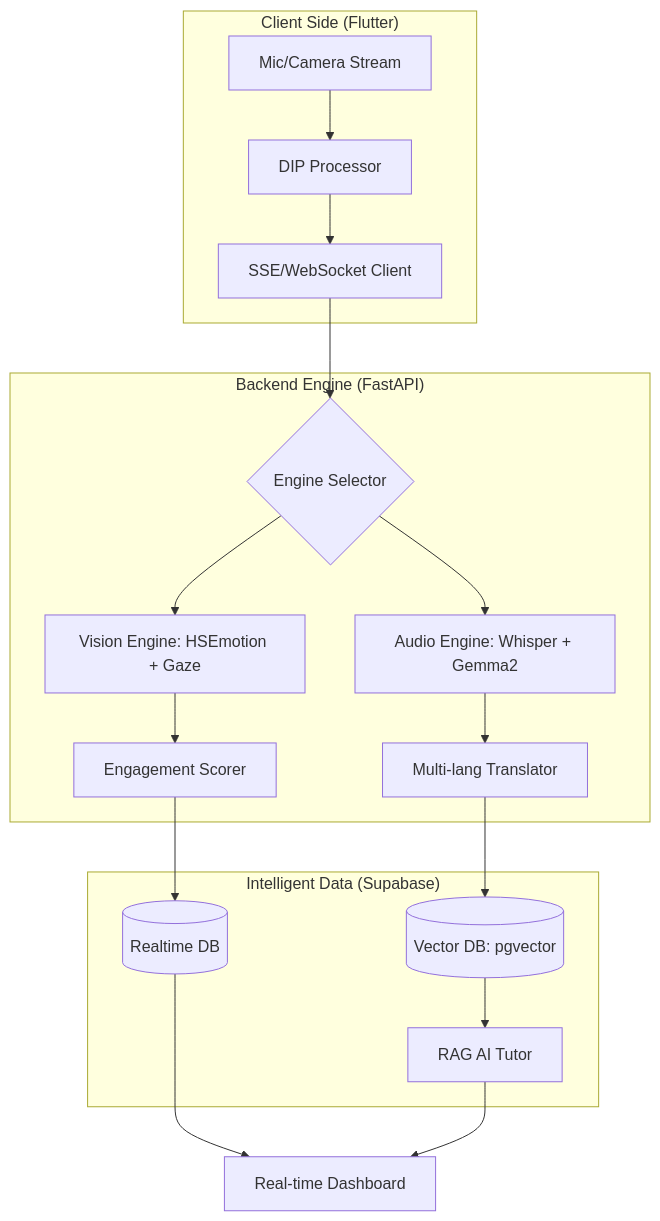
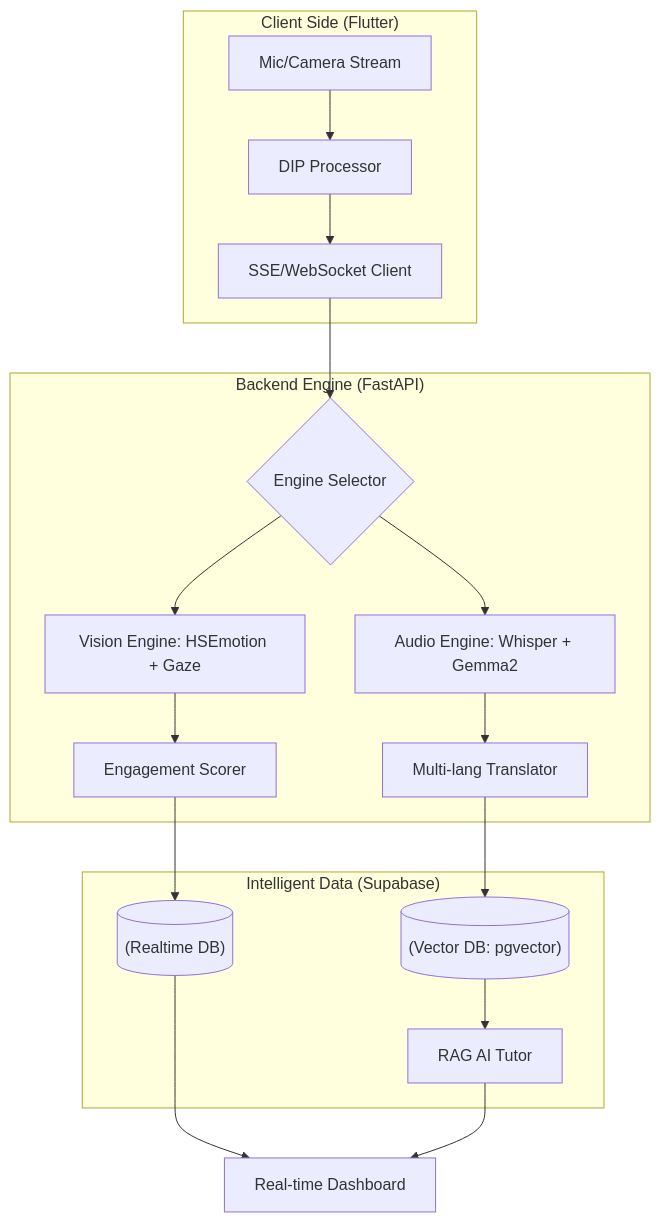
Before and after one commit to 2022764025/Lecture-Hunter: the diagram in README.en.md, drawn with Mermaid. The commit also changed other lines of this file and 2 other files, not shown here.

Commit message:
README Update

````diff
--- a/README.en.md
+++ b/README.en.md
@@ -62,24 +62,24 @@
 ```mermaid
 graph TD
     subgraph "Client Side (Flutter)"
-        A[Mic/Camera Stream] --> B[DIP Processor]
-        B --> C[SSE/WebSocket Client]
+        A["Mic/Camera Stream"] --> B["DIP Processor"]
+        B --> C["SSE/WebSocket Client"]
     end
 
     subgraph "Backend Engine (FastAPI)"
-        C --> D{Engine Selector}
-        D --> E[Vision Engine: HSEmotion + Gaze]
-        D --> F[Audio Engine: Whisper + Gemma2]
-        E --> G[Engagement Scorer]
-        F --> H[Multi-lang Translator]
+        C --> D{"Engine Selector"}
+        D --> E["Vision Engine: HSEmotion + Gaze"]
+        D --> F["Audio Engine: Whisper + Gemma2"]
+        E --> G["Engagement Scorer"]
+        F --> H["Multi-lang Translator"]
     end
 
     subgraph "Intelligent Data (Supabase)"
-        G --> I[(Realtime DB)]
-        H --> J[(Vector DB: pgvector)]
-        J --> K[RAG AI Tutor]
+        G --> I[("(Realtime DB)")]
+        H --> J[("(Vector DB: pgvector)")]
+        J --> K["RAG AI Tutor"]
     end
 
-    I --> L[Real-time Dashboard]
+    I --> L["Real-time Dashboard"]
     K --> L
 ```
````
